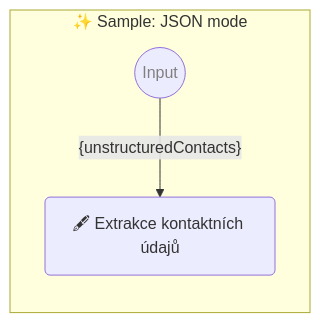
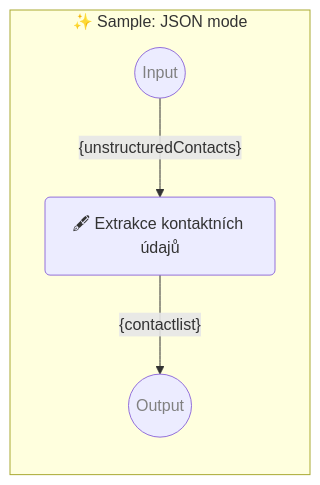
One commit to webgptorg/promptbook changed the diagram in samples/templates/60-json-mode.ptbk.md. Above: the diagram before and after it, drawn with Mermaid. The commit also changed 43 other files, not shown here.

````diff
--- a/samples/templates/60-json-mode.ptbk.md
+++ b/samples/templates/60-json-mode.ptbk.md
@@ -14,16 +14,20 @@
 ```mermaid
 %% 🔮 Tip: Open this on GitHub or in the VSCode website to see the Mermaid graph visually
 
 flowchart LR
   subgraph "✨ Sample: JSON mode"
 
       direction TB
 
       input((Input)):::input
       templateExtrakceKontaktnChDaj(🖋 Extrakce kontaktních údajů)
       input--"{unstructuredContacts}"-->templateExtrakceKontaktnChDaj
 
+      templateExtrakceKontaktnChDaj--"{contactlist}"-->output
+      output((Output)):::output
+
       classDef input color: grey;
+      classDef output color: grey;
 
   end;
 ```
````
